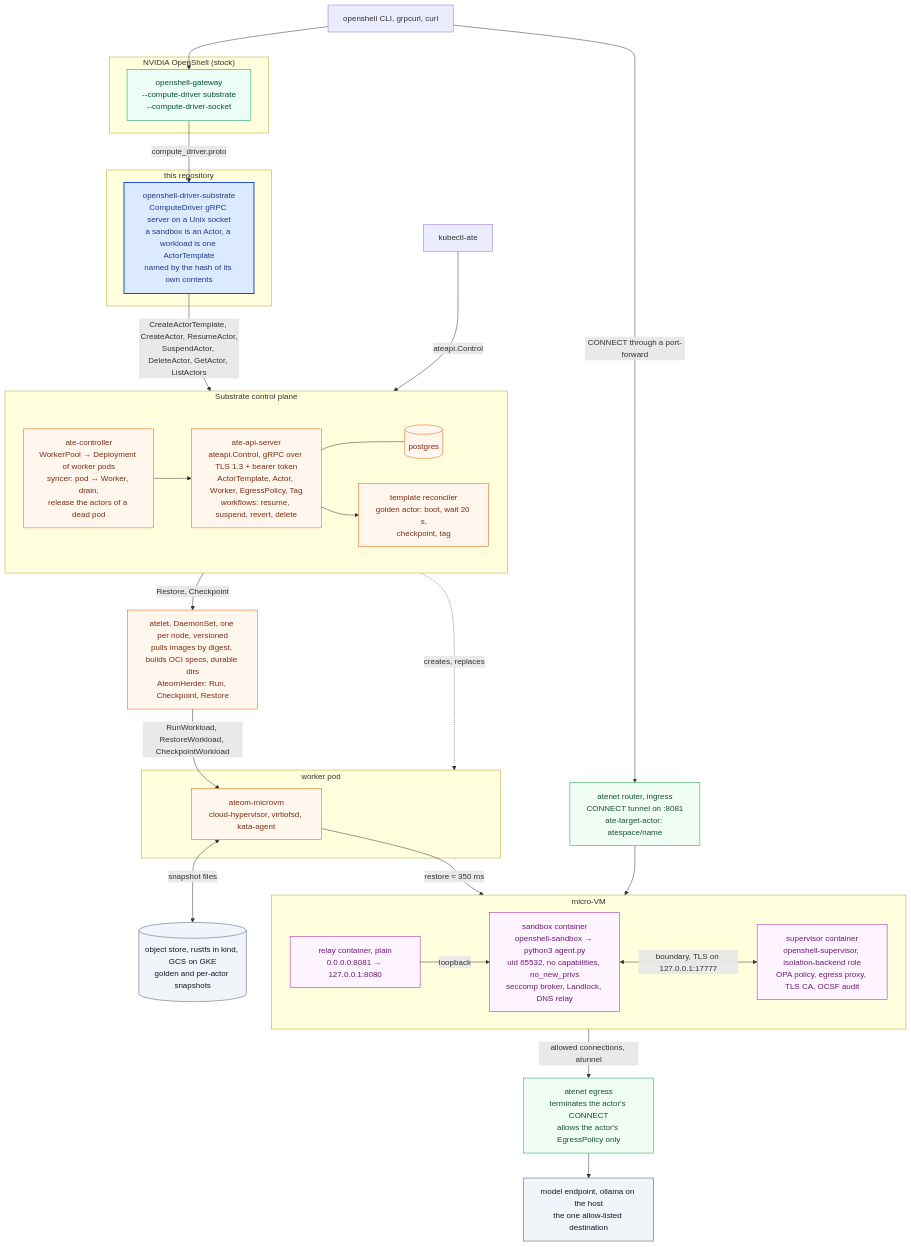
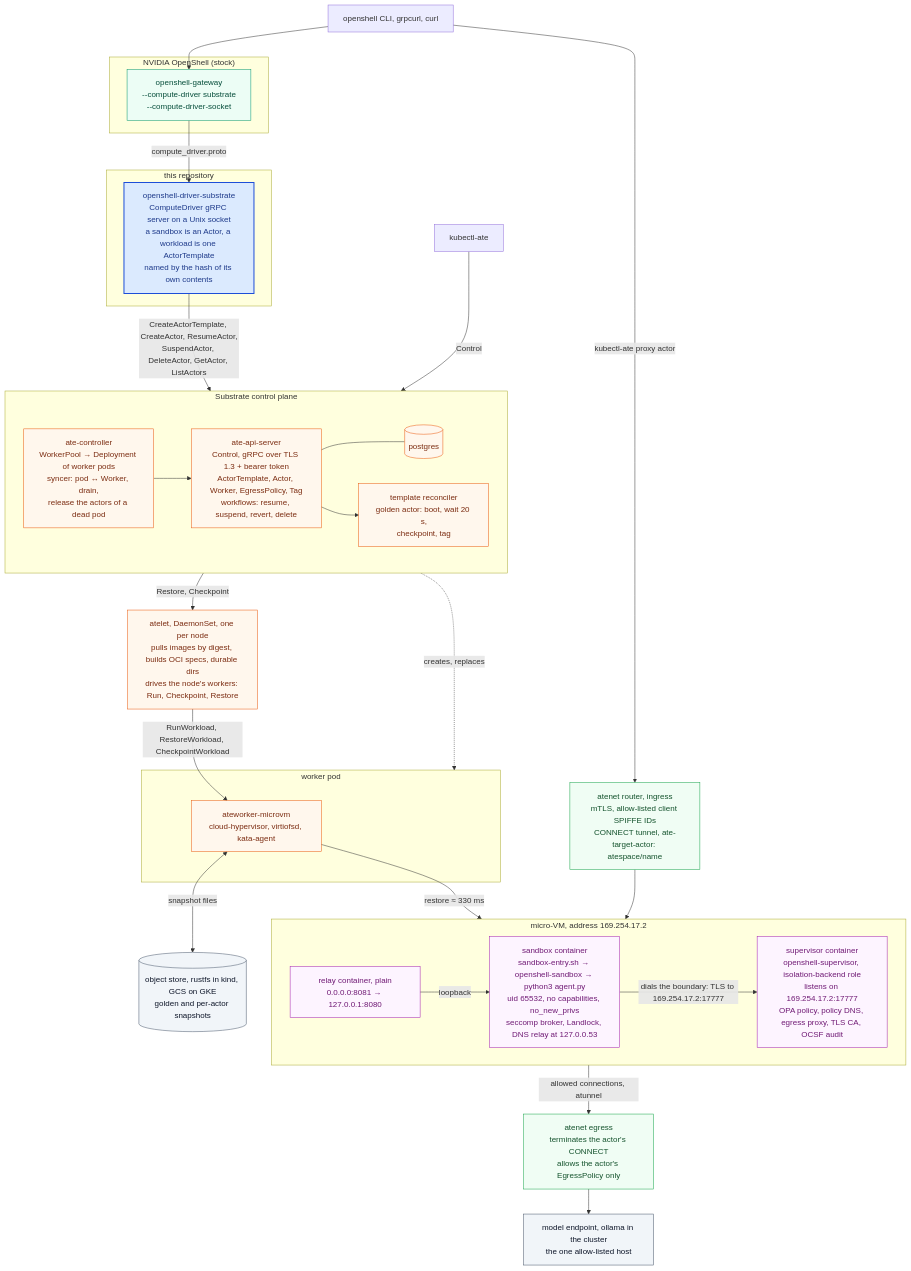
One commit to dims/openshell-driver-substrate changed the first of 8 diagrams in docs/architecture.md. Above: the diagram before and after it, drawn with Mermaid. The commit also changed other lines of this file and 4 other files, not shown here.

````diff
--- a/docs/architecture.md
+++ b/docs/architecture.md
@@ -22,73 +23,73 @@
 ```mermaid
 flowchart TB
   classDef stock fill:#ecfdf5,stroke:#059669,color:#064e3b
   classDef ours fill:#dbeafe,stroke:#1d4ed8,color:#1e3a8a,stroke-width:2px
   classDef sub fill:#fff7ed,stroke:#ea580c,color:#7c2d12
   classDef guest fill:#fdf4ff,stroke:#a21caf,color:#701a75
   classDef store fill:#f1f5f9,stroke:#475569,color:#0f172a
   classDef edge fill:#f0fdf4,stroke:#16a34a,color:#14532d
 
   cli["openshell CLI, grpcurl, curl"]
   kate["kubectl-ate"]
 
   subgraph openshell["NVIDIA OpenShell (stock)"]
     gw["openshell-gateway<br/>--compute-driver substrate<br/>--compute-driver-socket"]
   end
 
   subgraph repo["this repository"]
     driver["openshell-driver-substrate<br/>ComputeDriver gRPC server on a Unix socket<br/>a sandbox is an Actor, a workload is one ActorTemplate<br/>named by the hash of its own contents"]
   end
 
   subgraph substrate["Substrate control plane"]
     direction LR
     ctl["ate-controller<br/>WorkerPool → Deployment of worker pods<br/>syncer: pod ↔ Worker, drain,<br/>release the actors of a dead pod"]
-    api["ate-api-server<br/>ateapi.Control, gRPC over TLS 1.3 + bearer token<br/>ActorTemplate, Actor, Worker, EgressPolicy, Tag<br/>workflows: resume, suspend, revert, delete"]
+    api["ate-api-server<br/>Control, gRPC over TLS 1.3 + bearer token<br/>ActorTemplate, Actor, Worker, EgressPolicy, Tag<br/>workflows: resume, suspend, revert, delete"]
     pg[("postgres")]
     recon["template reconciler<br/>golden actor: boot, wait 20 s,<br/>checkpoint, tag"]
     ctl --> api
     api --- pg
     api --> recon
   end
 
-  router["atenet router, ingress<br/>CONNECT tunnel on :8081<br/>ate-target-actor: atespace/name"]
+  router["atenet router, ingress<br/>mTLS, allow-listed client SPIFFE IDs<br/>CONNECT tunnel, ate-target-actor: atespace/name"]
 
-  atelet["atelet, DaemonSet, one per node, versioned<br/>pulls images by digest, builds OCI specs, durable dirs<br/>AteomHerder: Run, Checkpoint, Restore"]
+  atelet["atelet, DaemonSet, one per node<br/>pulls images by digest, builds OCI specs, durable dirs<br/>drives the node's workers: Run, Checkpoint, Restore"]
 
   subgraph pod["worker pod"]
-    ateom["ateom-microvm<br/>cloud-hypervisor, virtiofsd, kata-agent"]
+    ateom["ateworker-microvm<br/>cloud-hypervisor, virtiofsd, kata-agent"]
   end
 
-  subgraph vm["micro-VM"]
+  subgraph vm["micro-VM, address 169.254.17.2"]
     direction LR
     relay["relay container, plain<br/>0.0.0.0:8081 → 127.0.0.1:8080"]
-    sbx["sandbox container<br/>openshell-sandbox → python3 agent.py<br/>uid 65532, no capabilities, no_new_privs<br/>seccomp broker, Landlock, DNS relay"]
-    sup["supervisor container<br/>openshell-supervisor, isolation-backend role<br/>OPA policy, egress proxy, TLS CA, OCSF audit"]
+    sbx["sandbox container<br/>sandbox-entry.sh → openshell-sandbox → python3 agent.py<br/>uid 65532, no capabilities, no_new_privs<br/>seccomp broker, Landlock, DNS relay at 127.0.0.53"]
+    sup["supervisor container<br/>openshell-supervisor, isolation-backend role<br/>listens on 169.254.17.2:17777<br/>OPA policy, policy DNS, egress proxy, TLS CA, OCSF audit"]
     relay -- "loopback" --> sbx
-    sbx <-- "boundary, TLS on 127.0.0.1:17777" --> sup
+    sbx -- "dials the boundary: TLS to 169.254.17.2:17777" --> sup
   end
 
   store[("object store, rustfs in kind, GCS on GKE<br/>golden and per-actor snapshots")]
   egress["atenet egress<br/>terminates the actor's CONNECT<br/>allows the actor's EgressPolicy only"]
-  model["model endpoint, ollama on the host<br/>the one allow-listed destination"]
+  model["model endpoint, ollama in the cluster<br/>the one allow-listed host"]
 
   cli --> gw
   gw -- "compute_driver.proto" --> driver
   driver -- "CreateActorTemplate, CreateActor, ResumeActor,<br/>SuspendActor, DeleteActor, GetActor, ListActors" --> api
-  kate -- "ateapi.Control" --> api
+  kate -- "Control" --> api
   api -- "Restore, Checkpoint" --> atelet
   ctl -. "creates, replaces" .-> pod
   atelet -- "RunWorkload, RestoreWorkload, CheckpointWorkload" --> ateom
-  ateom -- "restore ≈ 350 ms" --> sbx
+  ateom -- "restore ≈ 330 ms" --> sbx
   ateom <-- "snapshot files" --> store
-  cli -- "CONNECT through a port-forward" --> router
+  cli -- "kubectl-ate proxy actor" --> router
   router --> relay
   sup -- "allowed connections, atunnel" --> egress
   egress --> model
 
   class gw stock
   class driver ours
   class api,pg,recon,ctl,atelet,ateom sub
   class router,egress edge
   class sbx,sup,relay guest
   class store,model store
 ```
````
